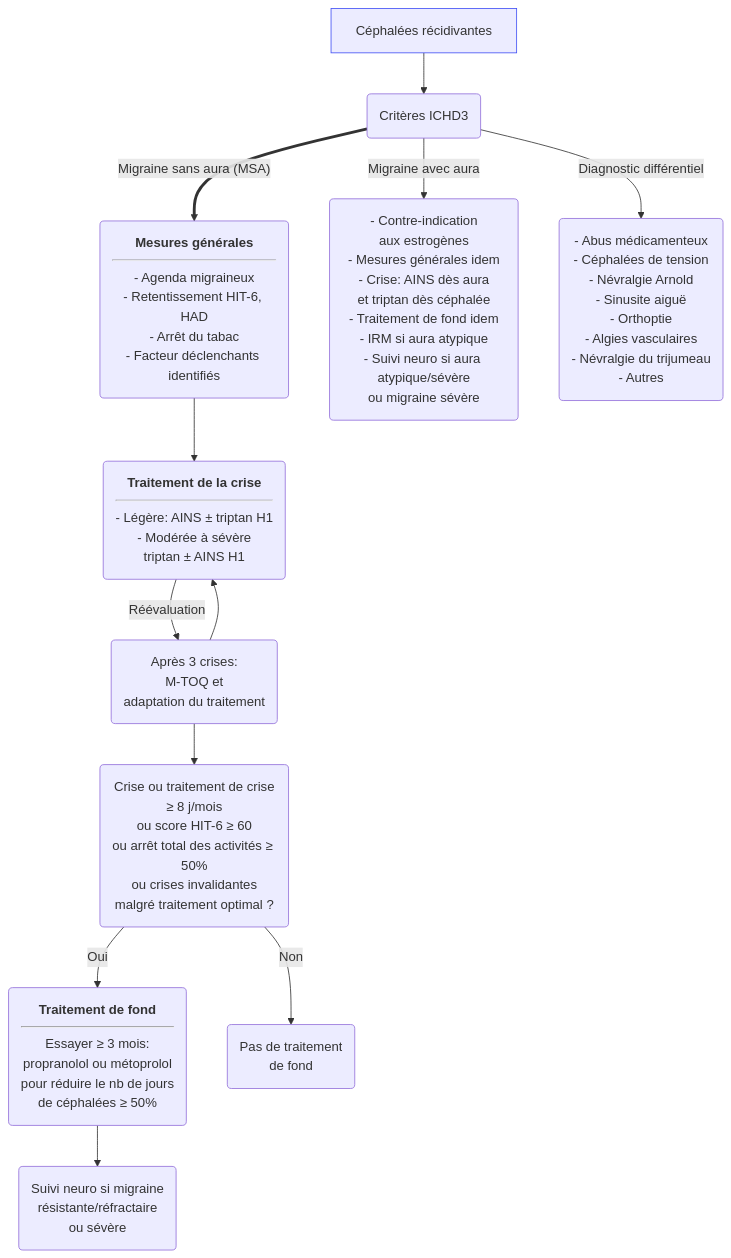
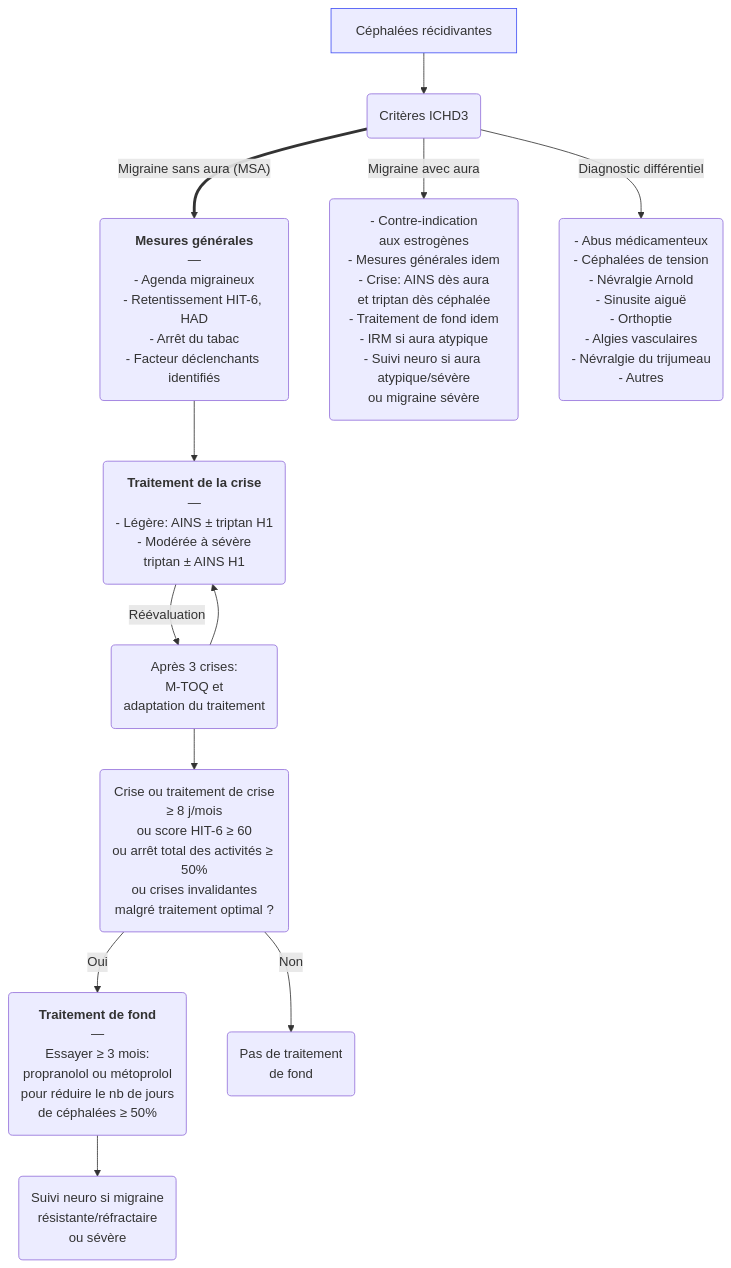
Before and after one commit to djibe/recommandations-medicales: the diagram in content/recommandations/migraine.md, drawn with Mermaid. The commit also changed 51 other files, not shown here.

```diff
--- a/content/recommandations/migraine.md
+++ b/content/recommandations/migraine.md
@@ -552,12 +552,12 @@
 {{< mermaid title="Prise en charge d'une suspicion de migraine. Dr JB Fron d'après SFEMC 2021" >}}
 graph TB
   cephalees[Céphalées récidivantes] --> ichd3(Critères ICHD3)
   style cephalees stroke:#4150f5, stroke-width:1px
-    ichd3 == "Migraine sans aura (MSA)" ==> generales("<strong>Mesures générales</strong><hr>- Agenda migraineux<br>- Retentissement HIT-6, HAD<br>- Arrêt du tabac<br>- Facteur déclenchants identifiés")
-      generales --> crise("<strong>Traitement de la crise</strong><hr>- Légère: AINS &plusmn; triptan H1<br>- Modérée à sévère<br>triptan &plusmn; AINS H1")
+    ichd3 == "Migraine sans aura (MSA)" ==> generales("<strong>Mesures générales</strong><br>—<br>- Agenda migraineux<br>- Retentissement HIT-6, HAD<br>- Arrêt du tabac<br>- Facteur déclenchants identifiés")
+      generales --> crise("<strong>Traitement de la crise</strong><br>—<br>- Légère: AINS &plusmn; triptan H1<br>- Modérée à sévère<br>triptan &plusmn; AINS H1")
       crise -- Réévaluation --> reevaluation("Après 3 crises:<br>M-TOQ et<br>adaptation du traitement") --> crise
-      reevaluation --> chronique("Crise ou traitement de crise<br>≥ 8 j/mois<br>ou score HIT-6 ≥ 60<br>ou arrêt total des activités ≥ 50%<br>ou crises invalidantes<br>malgré traitement optimal ?") -- Oui --> fond("<strong>Traitement de fond</strong><hr>Essayer ≥ 3 mois:<br>propranolol ou métoprolol<br>pour réduire le nb de jours<br>de céphalées ≥ 50%") --> neuro("Suivi neuro si migraine<br>résistante/réfractaire<br>ou sévère")
+      reevaluation --> chronique("Crise ou traitement de crise<br>≥ 8 j/mois<br>ou score HIT-6 ≥ 60<br>ou arrêt total des activités ≥ 50%<br>ou crises invalidantes<br>malgré traitement optimal ?") -- Oui --> fond("<strong>Traitement de fond</strong><br>—<br>Essayer ≥ 3 mois:<br>propranolol ou métoprolol<br>pour réduire le nb de jours<br>de céphalées ≥ 50%") --> neuro("Suivi neuro si migraine<br>résistante/réfractaire<br>ou sévère")
         chronique -- Non --> pasFond(Pas de traitement<br>de fond)
     ichd3 -- Migraine avec aura --> aura("- Contre-indication<br>aux estrogènes<br>- Mesures générales idem<br>- Crise: AINS dès aura<br>et triptan dès céphalée<br>- Traitement de fond idem<br>- IRM si aura atypique<br>- Suivi neuro si aura atypique/sévère<br>ou migraine sévère")
     ichd3 -- Diagnostic différentiel --> differentiel("- Abus médicamenteux<br>- Céphalées de tension<br>- Névralgie Arnold<br>- Sinusite aiguë<br>- Orthoptie<br>- Algies vasculaires<br>- Névralgie du trijumeau<br>- Autres")
 {{< /mermaid >}}
```
